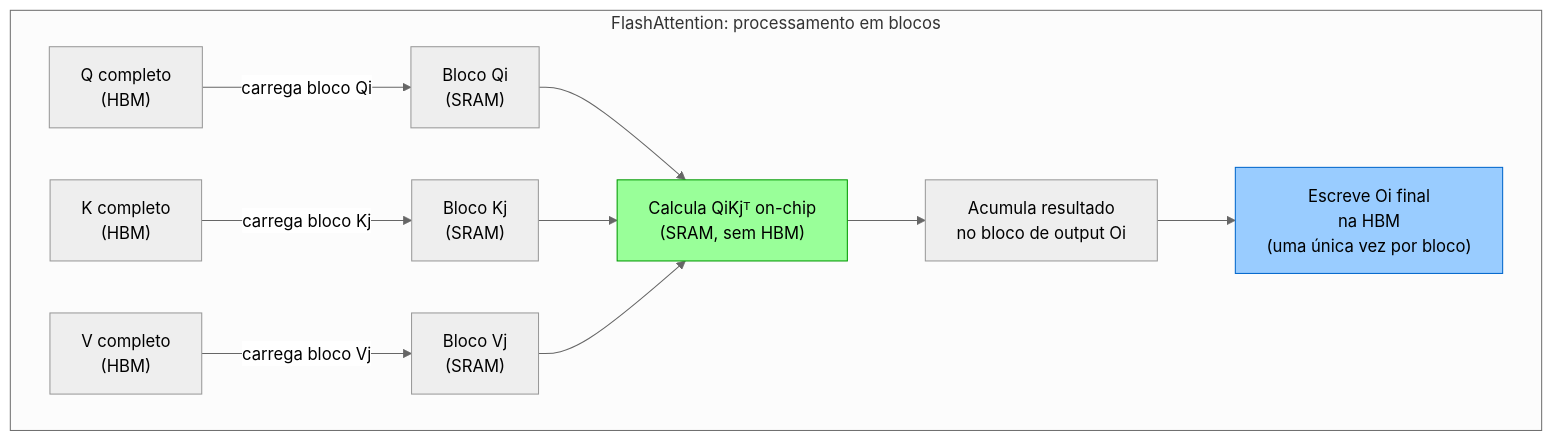
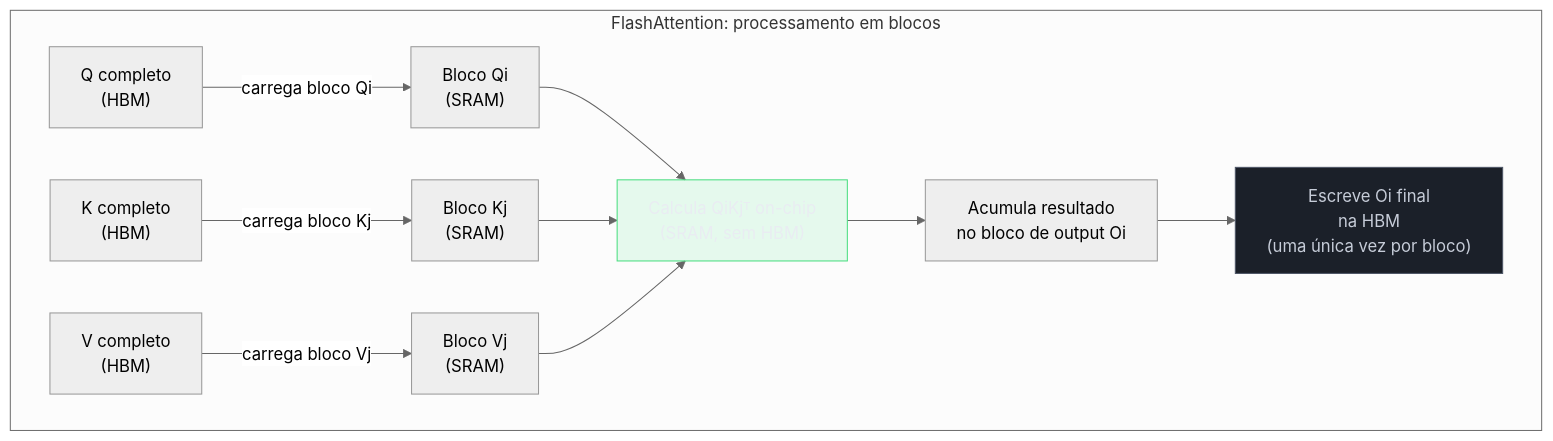
Before and after one commit to josenaldo/codex-technomanticus: the third of 5 diagrams in 03-Dominios/Tecnologia/IA/Anatomia dos LLMs/04c - Atenção eficiente — FlashAttention, sparse e híbrida.md, drawn with Mermaid (neutral theme). The commit also changed other lines of this file and 1181 other files, not shown here.

First line of the commit message:
fix(diagramas): paleta do sistema no lugar de cor cravada no markdown

````diff
--- a/03-Dominios/Tecnologia/IA/Anatomia dos LLMs/04c - Atenção eficiente — FlashAttention, sparse e híbrida.md
+++ b/03-Dominios/Tecnologia/IA/Anatomia dos LLMs/04c - Atenção eficiente — FlashAttention, sparse e híbrida.md
@@ -95,15 +99,17 @@
 ```mermaid
 graph TD
+    classDef ok fill:#4ADE8021,stroke:#4ADE80,color:#E9ECF2
+    classDef neutro fill:#1B2029,stroke:#4E5666,color:#C6CCD8
     subgraph "FlashAttention: processamento em blocos"
         Q["Q completo\n(HBM)"] --> |"carrega bloco Qi"| SRAM_Q["Bloco Qi\n(SRAM)"]
         K["K completo\n(HBM)"] --> |"carrega bloco Kj"| SRAM_K["Bloco Kj\n(SRAM)"]
         V["V completo\n(HBM)"] --> |"carrega bloco Vj"| SRAM_V["Bloco Vj\n(SRAM)"]
         SRAM_Q --> CALC["Calcula QiKjᵀ on-chip\n(SRAM, sem HBM)"]
         SRAM_K --> CALC
         SRAM_V --> CALC
         CALC --> ACC["Acumula resultado\nno bloco de output Oi"]
         ACC --> OUT["Escreve Oi final\nna HBM\n(uma única vez por bloco)"]
     end
-    style CALC fill:#99ff99,stroke:#009900
-    style OUT fill:#99ccff,stroke:#0066cc
+    class CALC ok
+    class OUT neutro
 ```
````
